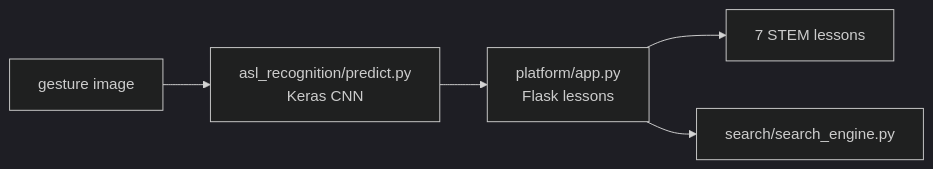
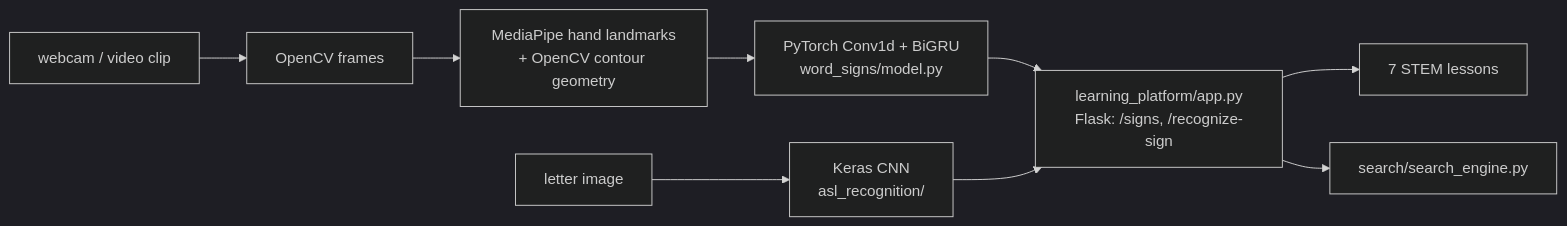
One commit to Deshraj-Jogiya/Extending-STEM-across-ASL changed the diagram in README.md. Above: the diagram before and after it, drawn with Mermaid (dark theme). The commit also changed other lines of this file and 22 other files, not shown here.

First line of the commit message:
Recognise STEM word signs from video and webcam

````diff
--- a/README.md
+++ b/README.md
@@ -18,7 +41,10 @@
 ```mermaid
 flowchart LR
-    CAM[gesture image] --> P[asl_recognition/predict.py<br/>Keras CNN]
-    P --> APP[platform/app.py<br/>Flask lessons]
+    CAM[webcam / video clip] --> CV[OpenCV frames]
+    CV --> MP[MediaPipe hand landmarks<br/>+ OpenCV contour geometry]
+    MP --> GRU[PyTorch Conv1d + BiGRU<br/>word_signs/model.py]
+    GRU --> APP[learning_platform/app.py<br/>Flask: /signs, /recognize-sign]
+    IMG[letter image] --> CNN[Keras CNN<br/>asl_recognition/] --> APP
     APP --> L[7 STEM lessons]
     APP --> S[search/search_engine.py]
 ```
````
